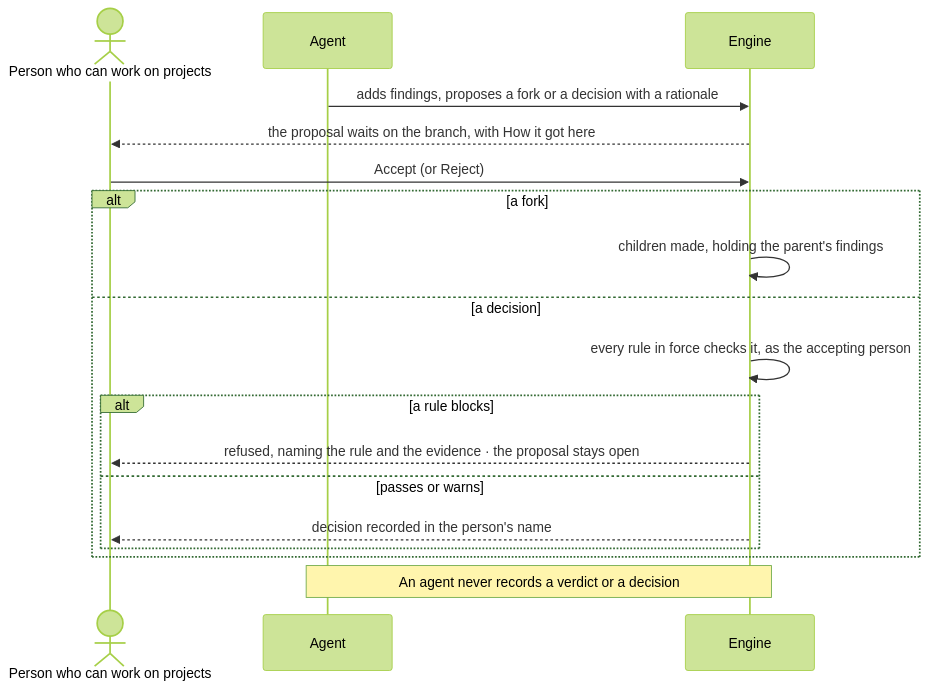
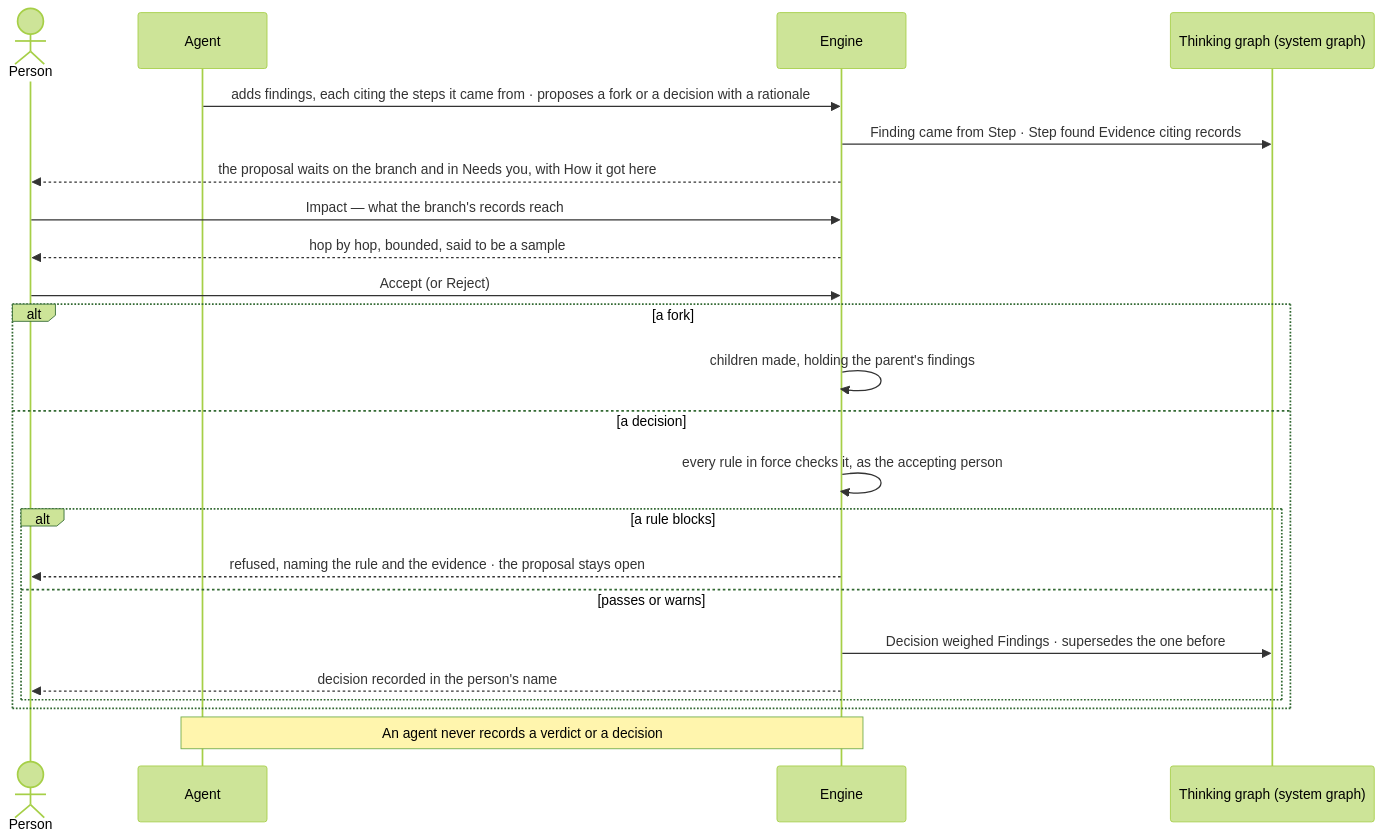
Before and after one commit to invana/invana: the second of 2 diagrams in specs/capabilities/projects/features/PJ-F03-branches-findings-and-decisions/feature.md, drawn with Mermaid (forest theme). The commit also changed other lines of this file and 522 other files, not shown here.

````diff
--- a/specs/capabilities/projects/features/PJ-F03-branches-findings-and-decisions/feature.md
+++ b/specs/capabilities/projects/features/PJ-F03-branches-findings-and-decisions/feature.md
@@ -65,20 +70,25 @@
 ```mermaid
 sequenceDiagram
-  actor P as Person who can work on projects
+  actor P as Person
   participant A as Agent
   participant E as Engine
-  A->>E: adds findings, proposes a fork or a decision with a rationale
-  E-->>P: the proposal waits on the branch, with How it got here
+  participant T as Thinking graph (system graph)
+  A->>E: adds findings, each citing the steps it came from · proposes a fork or a decision with a rationale
+  E->>T: Finding came from Step · Step found Evidence citing records
+  E-->>P: the proposal waits on the branch and in Needs you, with How it got here
+  P->>E: Impact — what the branch's records reach
+  E-->>P: hop by hop, bounded, said to be a sample
   P->>E: Accept (or Reject)
   alt a fork
     E->>E: children made, holding the parent's findings
   else a decision
     E->>E: every rule in force checks it, as the accepting person
     alt a rule blocks
       E-->>P: refused, naming the rule and the evidence · the proposal stays open
     else passes or warns
+      E->>T: Decision weighed Findings · supersedes the one before
       E-->>P: decision recorded in the person's name
     end
   end
   Note over A,E: An agent never records a verdict or a decision
 ```
````
